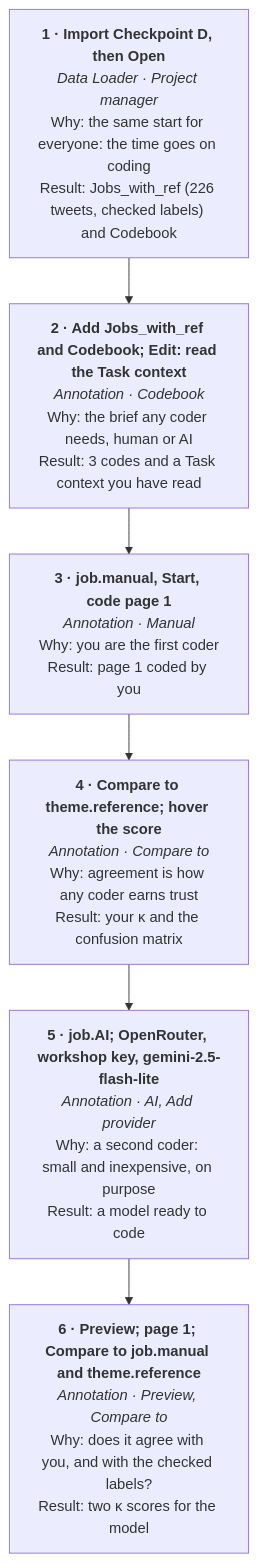
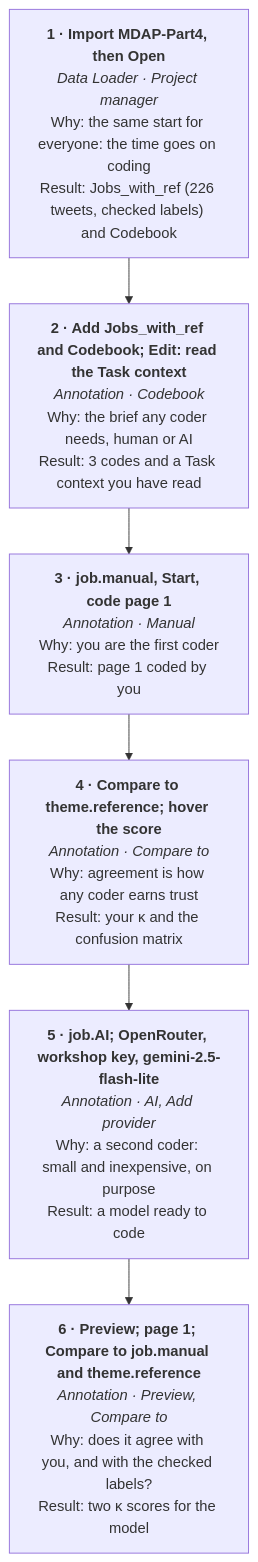
The fourth of 4 diagrams in participant/hands-on-melbourne.md (milysun/wordflow-workshop), drawn with Mermaid before and after one commit. The commit also changed other lines of this file and 8 other files, not shown here.

````diff
--- a/participant/hands-on-melbourne.md
+++ b/participant/hands-on-melbourne.md
@@ -227,28 +229,28 @@
 ```mermaid
 flowchart TD
-  s1["`**1 · Import Checkpoint D, then Open**
+  s1["`**1 · Import MDAP-Part4, then Open**
 *Data Loader · Project manager*
 Why: the same start for everyone: the time goes on coding
 Result: Jobs_with_ref (226 tweets, checked labels) and Codebook`"]
   s2["`**2 · Add Jobs_with_ref and Codebook; Edit: read the Task context**
 *Annotation · Codebook*
 Why: the brief any coder needs, human or AI
 Result: 3 codes and a Task context you have read`"]
   s3["`**3 · job.manual, Start, code page 1**
 *Annotation · Manual*
 Why: you are the first coder
 Result: page 1 coded by you`"]
   s4["`**4 · Compare to theme.reference; hover the score**
 *Annotation · Compare to*
 Why: agreement is how any coder earns trust
 Result: your κ and the confusion matrix`"]
   s5["`**5 · job.AI; OpenRouter, workshop key, gemini-2.5-flash-lite**
 *Annotation · AI, Add provider*
 Why: a second coder: small and inexpensive, on purpose
 Result: a model ready to code`"]
   s6["`**6 · Preview; page 1; Compare to job.manual and theme.reference**
 *Annotation · Preview, Compare to*
 Why: does it agree with you, and with the checked labels?
 Result: two κ scores for the model`"]
   s1 --> s2 --> s3 --> s4 --> s5 --> s6
 ```
````
